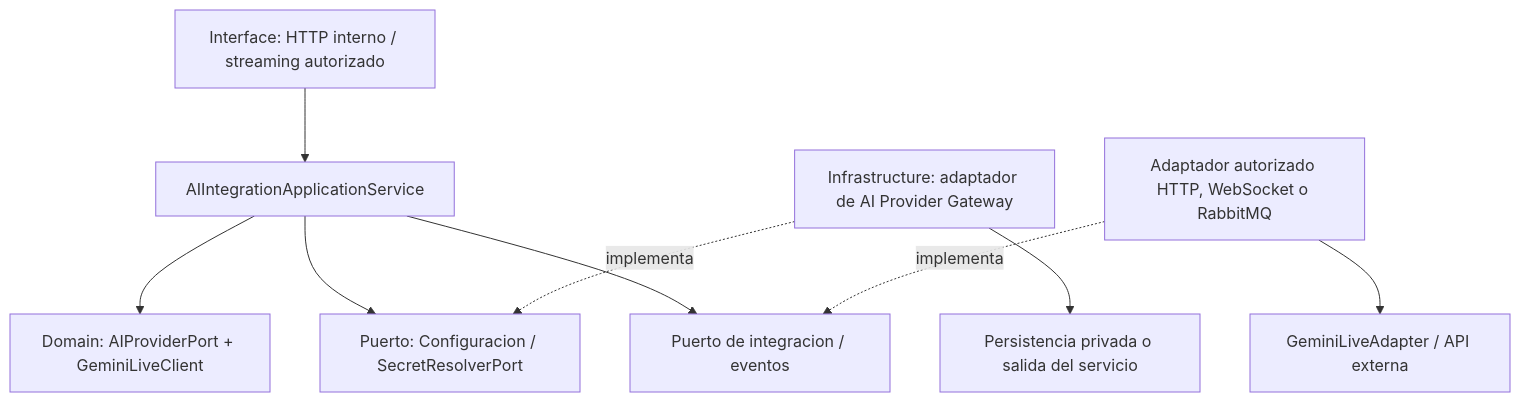
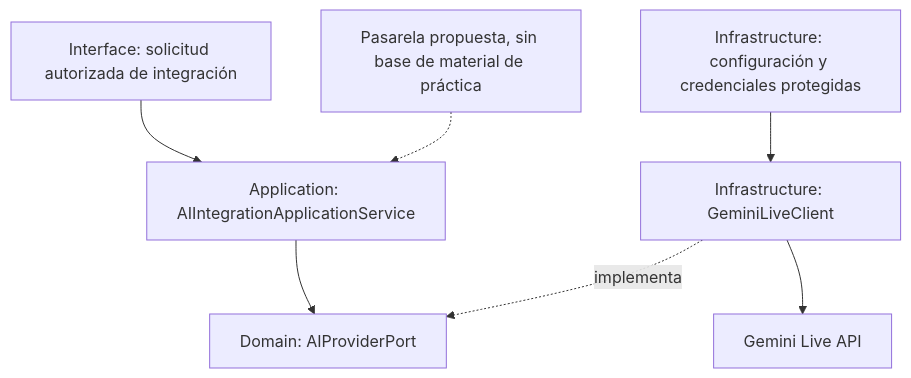
One commit to upc-pre-202620-si728-16365-thropic/talki-project-report changed the diagram in assets/diagrams/tactical/09-ai-provider-gateway-components.mmd. Above: the diagram before and after it, drawn with Mermaid. The commit also changed 20 other files, not shown here.

```diff
--- a/assets/diagrams/tactical/09-ai-provider-gateway-components.mmd
+++ b/assets/diagrams/tactical/09-ai-provider-gateway-components.mmd
@@ -1,9 +1,7 @@
 flowchart TB
-    input["Interface: HTTP interno / streaming autorizado"] --> app["AIIntegrationApplicationService"]
-    app --> domain["Domain: AIProviderPort + GeminiLiveClient"]
-    app --> port["Puerto: Configuracion / SecretResolverPort"]
-    adapter["Infrastructure: adaptador de AI Provider Gateway"] -. implementa .-> port
-    adapter --> resource["Persistencia privada o salida del servicio"]
-    app --> integration["Puerto de integracion / eventos"]
-    infrastructure["Adaptador autorizado HTTP, WebSocket o RabbitMQ"] -. implementa .-> integration
-    infrastructure --> external["GeminiLiveAdapter / API externa"]
+  input["Interface: solicitud autorizada de integración"] --> app["Application: AIIntegrationApplicationService"]
+  app --> port["Domain: AIProviderPort"]
+  adapter["Infrastructure: GeminiLiveClient"] -. implementa .-> port
+  adapter --> provider["Gemini Live API"]
+  config["Infrastructure: configuración y credenciales protegidas"] --> adapter
+  note["Pasarela propuesta, sin base de material de práctica"] -.-> app
```
